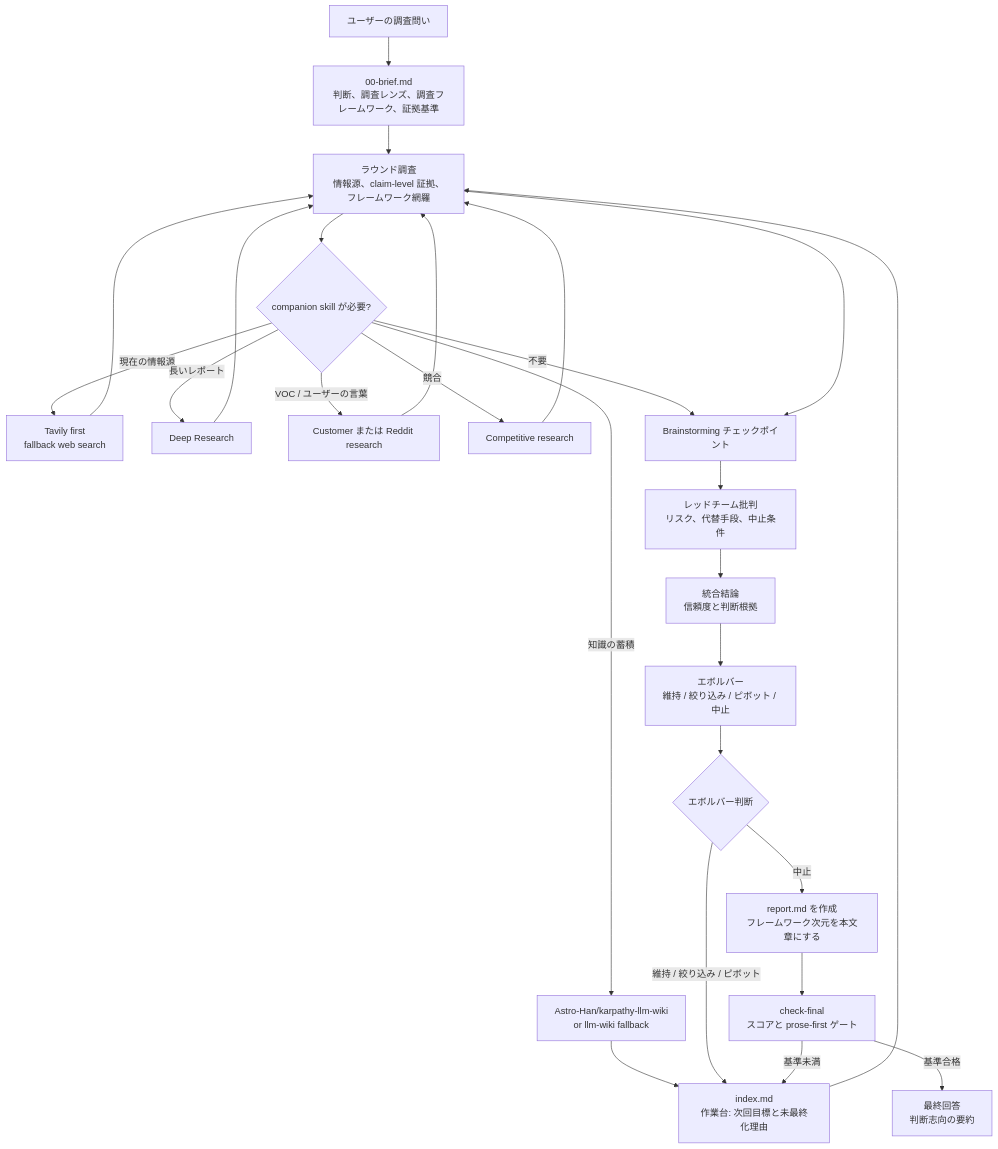
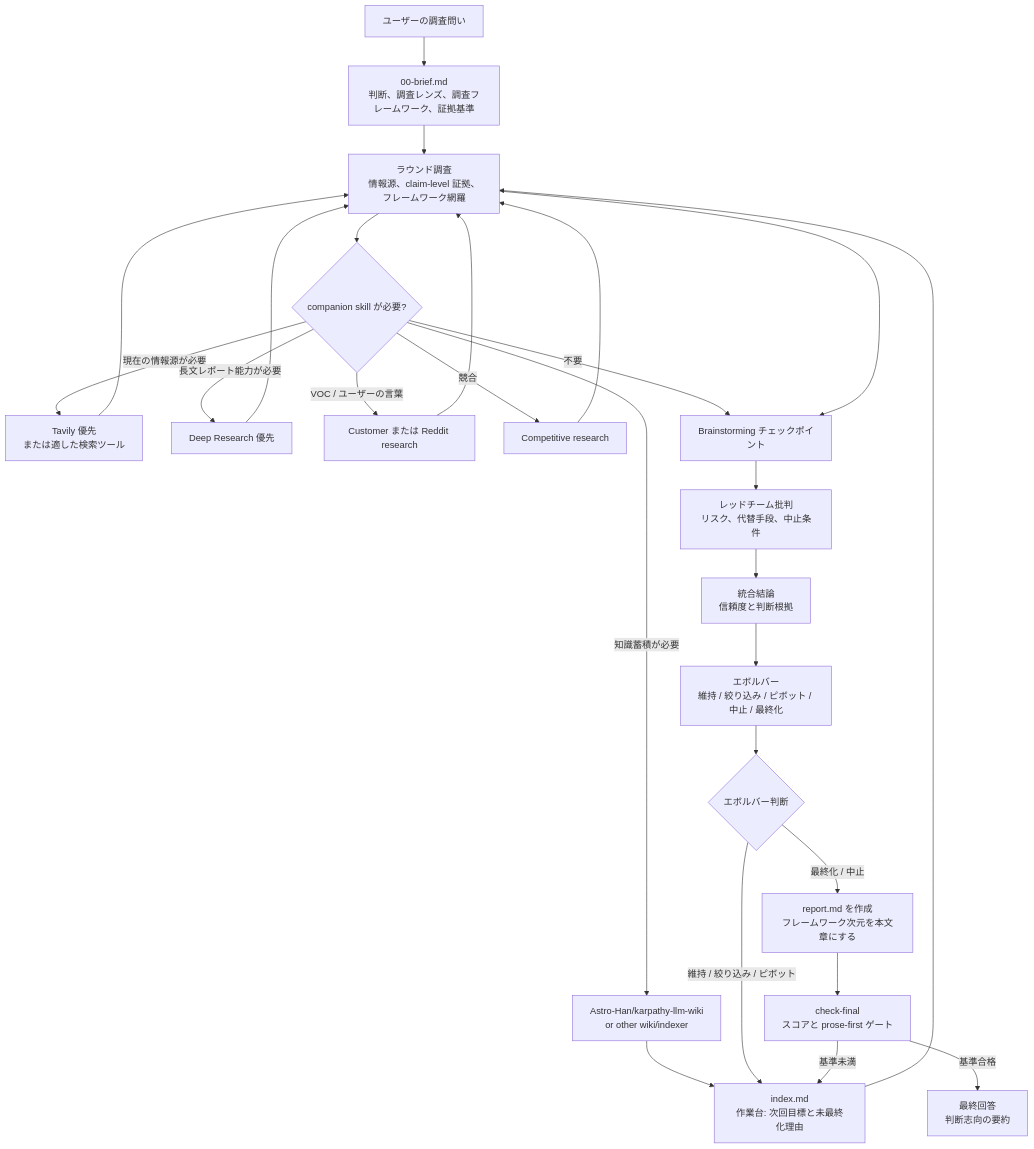
The diagram in README.ja.md (GoatGit/super-survey), drawn with Mermaid before and after one commit. The commit also changed other lines of this file and 7 other files, not shown here.

````diff
--- a/README.ja.md
+++ b/README.ja.md
@@ -186,28 +190,28 @@
 ```mermaid
 flowchart TD
     A[ユーザーの調査問い] --> B[00-brief.md<br/>判断、調査レンズ、調査フレームワーク、証拠基準]
     B --> C[ラウンド調査<br/>情報源、claim-level 証拠、フレームワーク網羅]
     C --> D{companion skill が必要?}
-    D -->|現在の情報源| D1[Tavily first<br/>fallback web search]
-    D -->|長いレポート| D2[Deep Research]
+    D -->|現在の情報源が必要| D1[Tavily 優先<br/>または適した検索ツール]
+    D -->|長文レポート能力が必要| D2[Deep Research 優先]
     D -->|VOC / ユーザーの言葉| D3[Customer または Reddit research]
     D -->|競合| D4[Competitive research]
-    D -->|知識の蓄積| D5[Astro-Han/karpathy-llm-wiki<br/>or llm-wiki fallback]
+    D -->|知識蓄積が必要| D5[Astro-Han/karpathy-llm-wiki<br/>or other wiki/indexer]
     D -->|不要| E[Brainstorming チェックポイント]
     D1 --> C
     D2 --> C
     D3 --> C
     D4 --> C
     D5 --> I[index.md]
     C --> E[Brainstorming チェックポイント]
     E --> F[レッドチーム批判<br/>リスク、代替手段、中止条件]
     F --> G[統合結論<br/>信頼度と判断根拠]
-    G --> H[エボルバー<br/>維持 / 絞り込み / ピボット / 中止]
+    G --> H[エボルバー<br/>維持 / 絞り込み / ピボット / 中止 / 最終化]
     H --> Q{エボルバー判断}
     Q -->|維持 / 絞り込み / ピボット| I[index.md<br/>作業台: 次回目標と未最終化理由]
     I --> C
-    Q -->|中止| J[report.md を作成<br/>フレームワーク次元を本文章にする]
+    Q -->|最終化 / 中止| J[report.md を作成<br/>フレームワーク次元を本文章にする]
     J --> R[check-final<br/>スコアと prose-first ゲート]
     R -->|基準未満| I
     R -->|基準合格| K[最終回答<br/>判断志向の要約]
 ```
````
